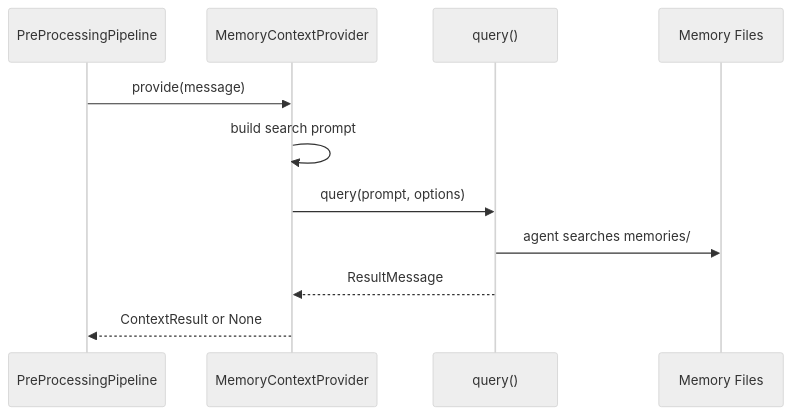
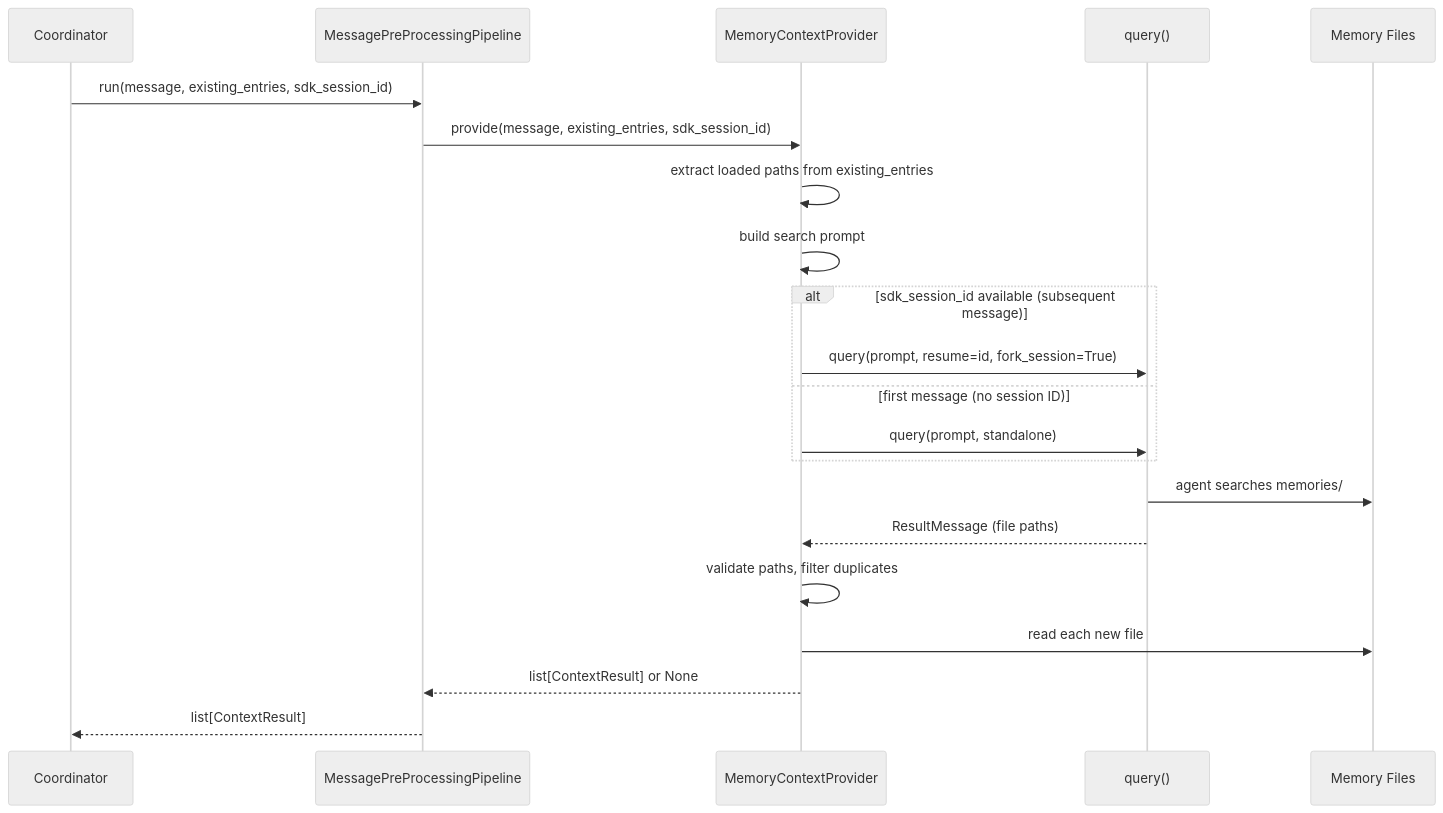
Before and after one commit to asermax/tachikoma: the diagram in docs/feature-designs/memory/memory-context-retrieval.md, drawn with Mermaid (neutral theme). The commit also changed other lines of this file and 5 other files, not shown here.

First line of the commit message:
docs(memory): reconcile per-message memory context into feature documentation

````diff
--- a/docs/feature-designs/memory/memory-context-retrieval.md
+++ b/docs/feature-designs/memory/memory-context-retrieval.md
@@ -61,14 +64,24 @@
 ```mermaid
 sequenceDiagram
-    participant Pipeline as PreProcessingPipeline
-    participant Provider as MemoryContextProvider
+    participant Coordinator
+    participant Pipeline as MessagePreProcessingPipeline
+    participant Memory as MemoryContextProvider
     participant SDK as query()
     participant FS as Memory Files
 
-    Pipeline->>Provider: provide(message)
-    Provider->>Provider: build search prompt
-    Provider->>SDK: query(prompt, options)
+    Coordinator->>Pipeline: run(message, existing_entries, sdk_session_id)
+    Pipeline->>Memory: provide(message, existing_entries, sdk_session_id)
+    Memory->>Memory: extract loaded paths from existing_entries
+    Memory->>Memory: build search prompt
+    alt sdk_session_id available (subsequent message)
+        Memory->>SDK: query(prompt, resume=id, fork_session=True)
+    else first message (no session ID)
+        Memory->>SDK: query(prompt, standalone)
+    end
     SDK->>FS: agent searches memories/
-    SDK-->>Provider: ResultMessage
-    Provider-->>Pipeline: ContextResult or None
+    SDK-->>Memory: ResultMessage (file paths)
+    Memory->>Memory: validate paths, filter duplicates
+    Memory->>FS: read each new file
+    Memory-->>Pipeline: list[ContextResult] or None
+    Pipeline-->>Coordinator: list[ContextResult]
 ```
````
